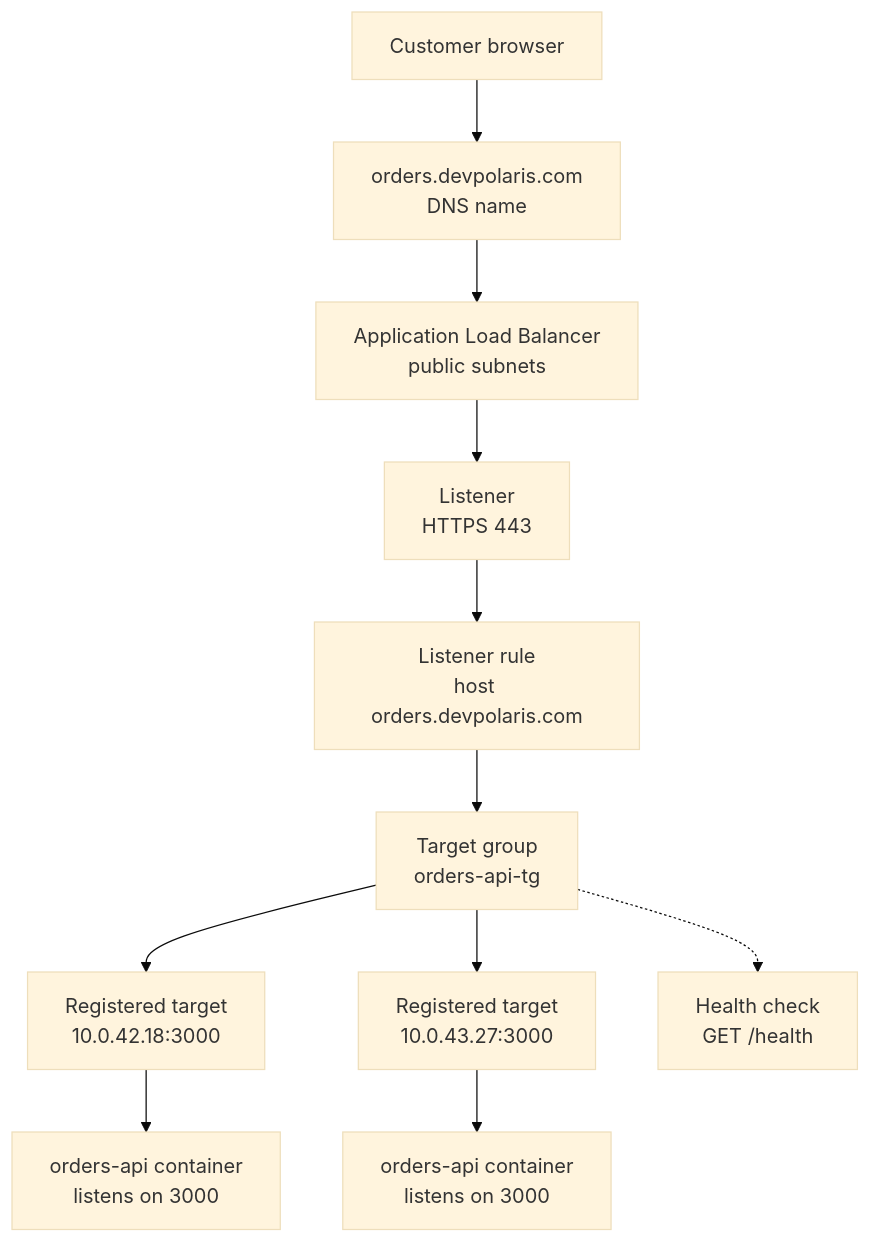
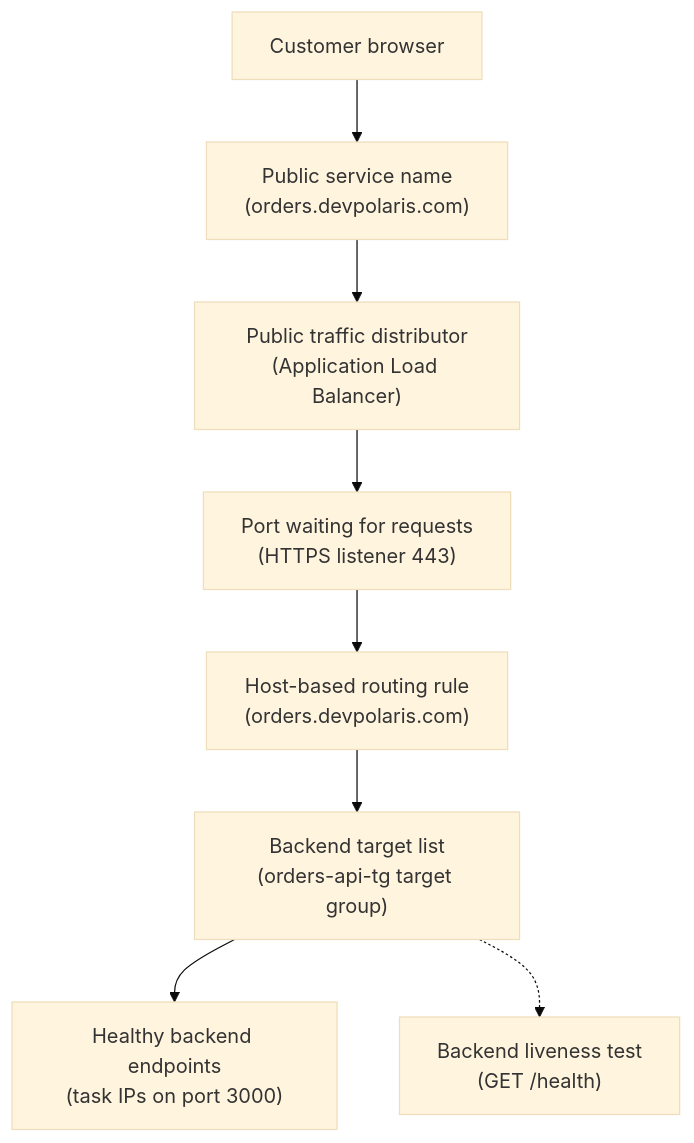
Before and after one commit to senlinyy/dev-roadmaps: the diagram in cloud-providers/aws/networking-connectivity/load-balancers-and-target-health.md, drawn with Mermaid (base theme). The commit also changed other lines of this file and 89 other files, not shown here.

````diff
--- a/cloud-providers/aws/networking-connectivity/load-balancers-and-target-health.md
+++ b/cloud-providers/aws/networking-connectivity/load-balancers-and-target-health.md
@@ -98,13 +98,10 @@
 ```mermaid
 flowchart TD
-    BROWSER["Customer browser"] --> DNS["orders.devpolaris.com<br/>DNS name"]
-    DNS --> ALB["Application Load Balancer<br/>public subnets"]
-    ALB --> LISTENER["Listener<br/>HTTPS 443"]
-    LISTENER --> RULE["Listener rule<br/>host orders.devpolaris.com"]
-    RULE --> TG["Target group<br/>orders-api-tg"]
-    TG --> TASK1["Registered target<br/>10.0.42.18:3000"]
-    TG --> TASK2["Registered target<br/>10.0.43.27:3000"]
-    TASK1 --> APP1["orders-api container<br/>listens on 3000"]
-    TASK2 --> APP2["orders-api container<br/>listens on 3000"]
-    TG -.-> HEALTH["Health check<br/>GET /health"]
+    BROWSER["Customer browser"] --> DNS["Public service name<br/>(orders.devpolaris.com)"]
+    DNS --> ALB["Public traffic distributor<br/>(Application Load Balancer)"]
+    ALB --> LISTENER["Port waiting for requests<br/>(HTTPS listener 443)"]
+    LISTENER --> RULE["Host-based routing rule<br/>(orders.devpolaris.com)"]
+    RULE --> TG["Backend target list<br/>(orders-api-tg target group)"]
+    TG --> TARGETS["Healthy backend endpoints<br/>(task IPs on port 3000)"]
+    TG -.-> HEALTH["Backend liveness test<br/>(GET /health)"]
 ```
````
